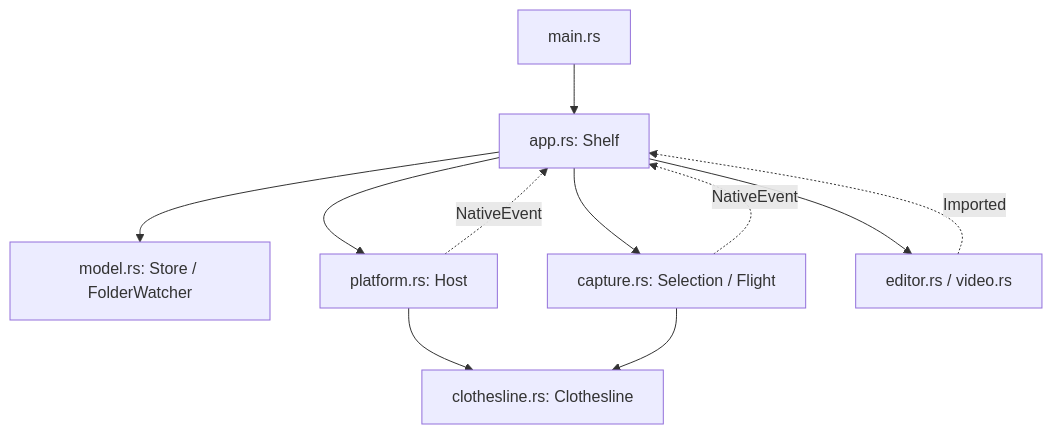
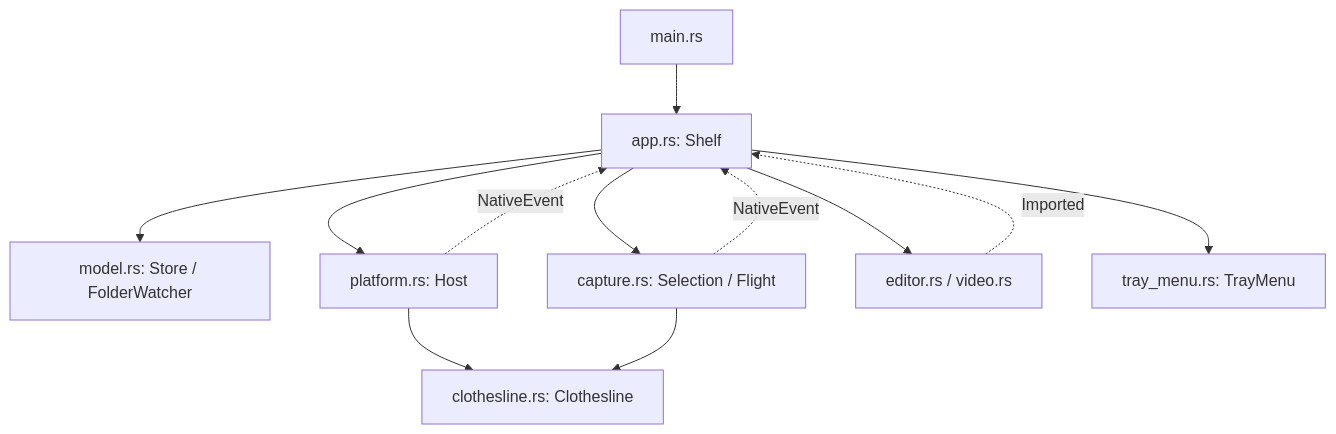
Before and after one commit to millfi/tendedero: the first of 2 diagrams in Architecture.md, drawn with Mermaid. The commit also changed other lines of this file and 17 other files, not shown here.

````diff
--- a/Architecture.md
+++ b/Architecture.md
@@ -52,13 +54,14 @@
 ```mermaid
 flowchart TD
     Main[main.rs] --> Shelf[app.rs: Shelf]
     Shelf --> Store[model.rs: Store / FolderWatcher]
     Shelf --> Host[platform.rs: Host]
     Host --> Line[clothesline.rs: Clothesline]
     Shelf --> Capture[capture.rs: Selection / Flight]
     Capture --> Line
     Shelf --> Editor[editor.rs / video.rs]
+    Shelf --> Tray[tray_menu.rs: TrayMenu]
     Host -. NativeEvent .-> Shelf
     Capture -. NativeEvent .-> Shelf
     Editor -. Imported .-> Shelf
 ```
````
